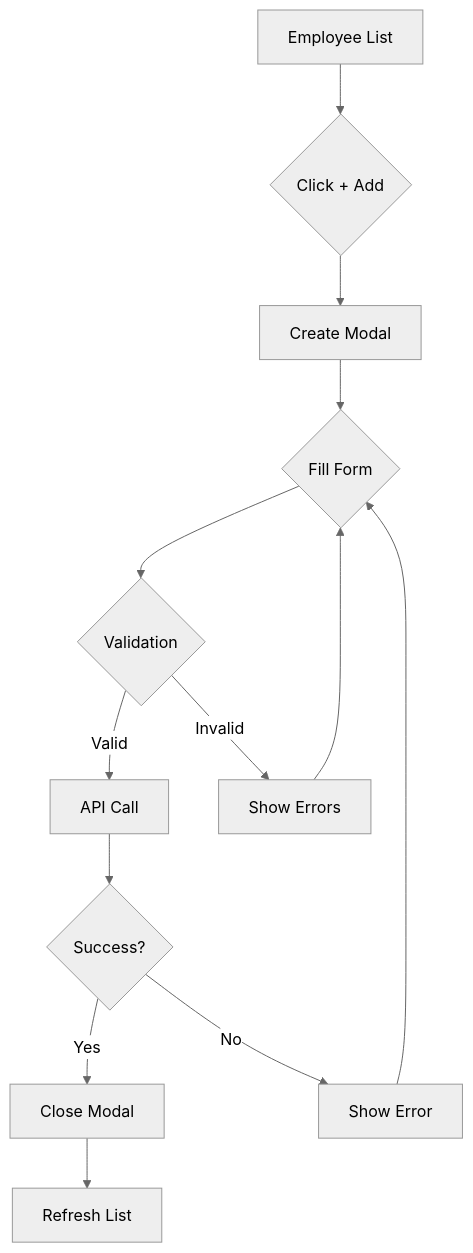
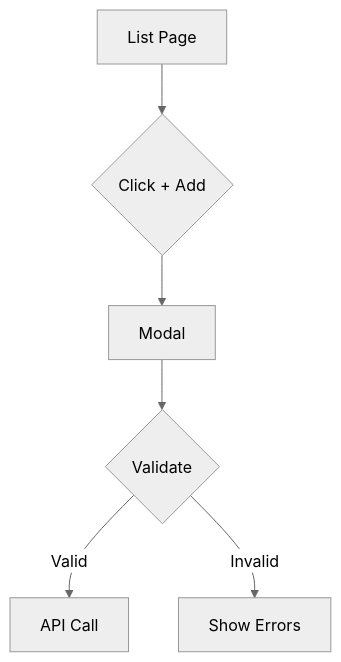
Before and after one commit to rastrigin-systems/arfa: the diagram in .claude/agents/product-designer.md, drawn with Mermaid (neutral theme). The commit also changed other lines of this file and 8 other files, not shown here.

````diff
--- a/.claude/agents/product-designer.md
+++ b/.claude/agents/product-designer.md
@@ -145,15 +76,8 @@
 ```mermaid
 graph TD
-    A[Employee List] --> B{Click + Add}
-    B --> C[Create Modal]
-    C --> D{Fill Form}
-    D --> E{Validation}
-    E -->|Valid| F[API Call]
-    E -->|Invalid| G[Show Errors]
-    F --> H{Success?}
-    H -->|Yes| I[Close Modal]
-    H -->|No| J[Show Error]
-    I --> K[Refresh List]
-    G --> D
-    J --> D
+    A[List Page] --> B{Click + Add}
+    B --> C[Modal]
+    C --> D{Validate}
+    D -->|Valid| E[API Call]
+    D -->|Invalid| F[Show Errors]
 ```
````
